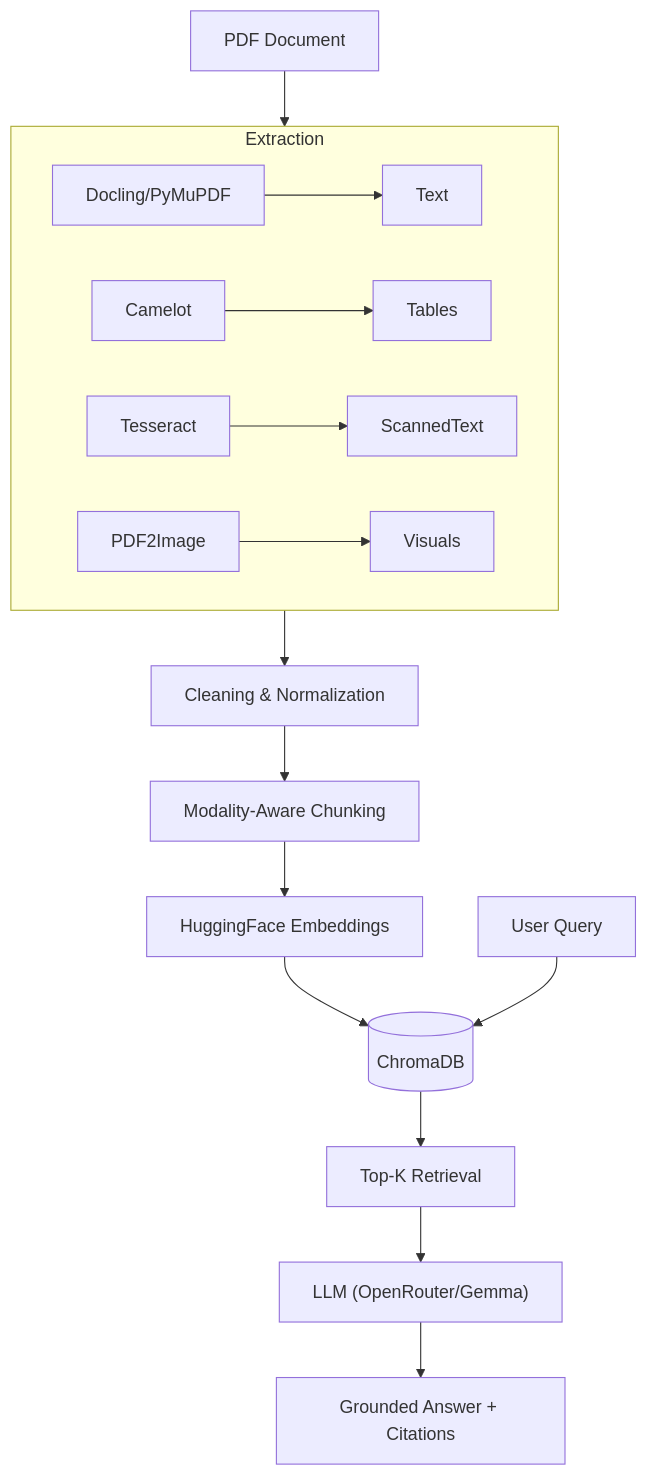
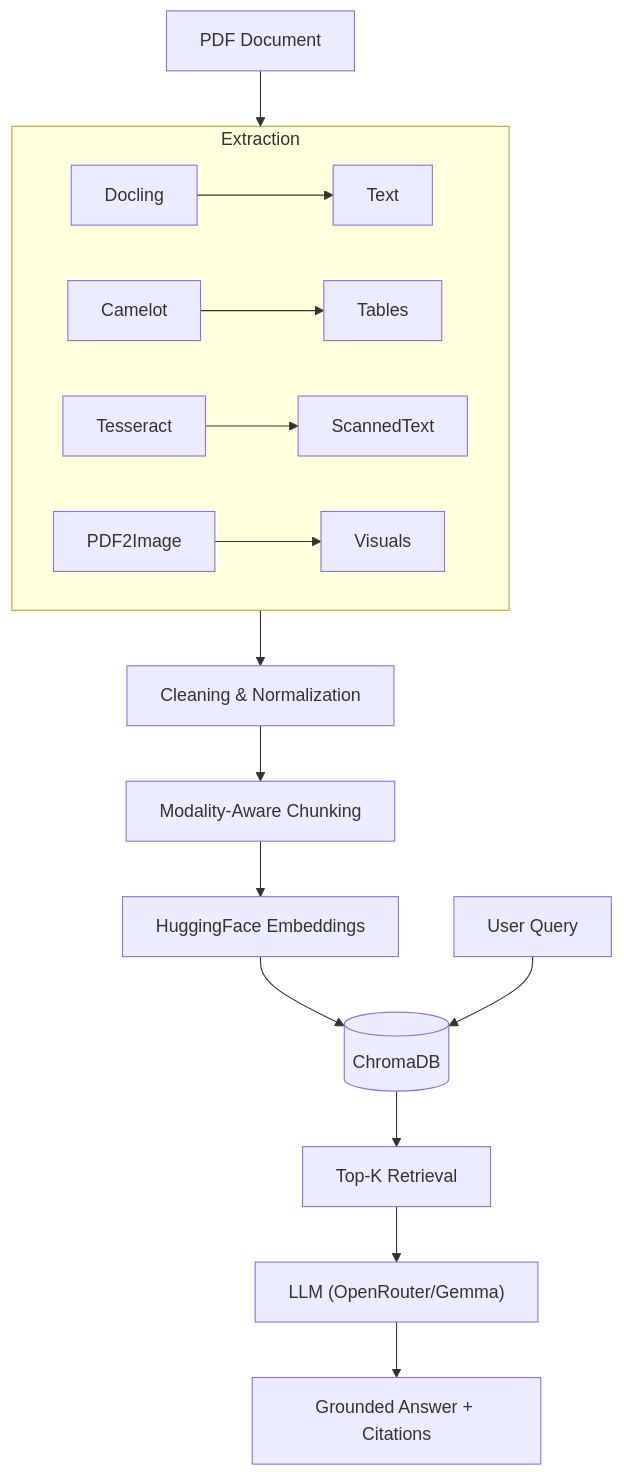
One commit to shax752003/contextIQ changed the diagram in README.md. Above: the diagram before and after it, drawn with Mermaid. The commit also changed other lines of this file, not shown here.

````diff
--- a/README.md
+++ b/README.md
@@ -31,19 +51,19 @@
 ```mermaid
 graph TD
     PDF[PDF Document] --> Extraction
     subgraph Extraction
-        Docling[Docling/PyMuPDF] --> Text
+        Docling[Docling] --> Text
         Camelot[Camelot] --> Tables
         OCR[Tesseract] --> ScannedText
         Images[PDF2Image] --> Visuals
     end
     Extraction --> Normalization[Cleaning & Normalization]
     Normalization --> Chunking[Modality-Aware Chunking]
     Chunking --> Embedding[HuggingFace Embeddings]
     Embedding --> VectorDB[(ChromaDB)]
     
     User[User Query] --> VectorDB
     VectorDB --> Retrieval[Top-K Retrieval]
     Retrieval --> LLM["LLM (OpenRouter/Gemma)"]
     LLM --> Answer[Grounded Answer + Citations]
 ```
````
